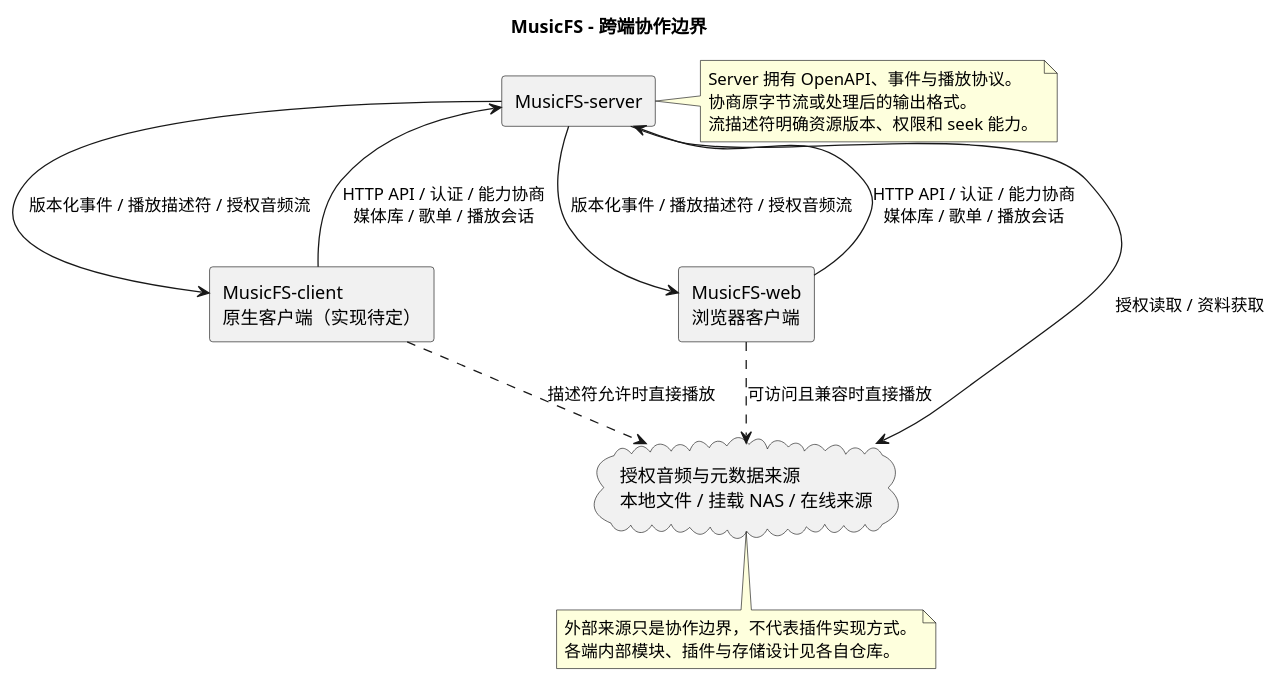
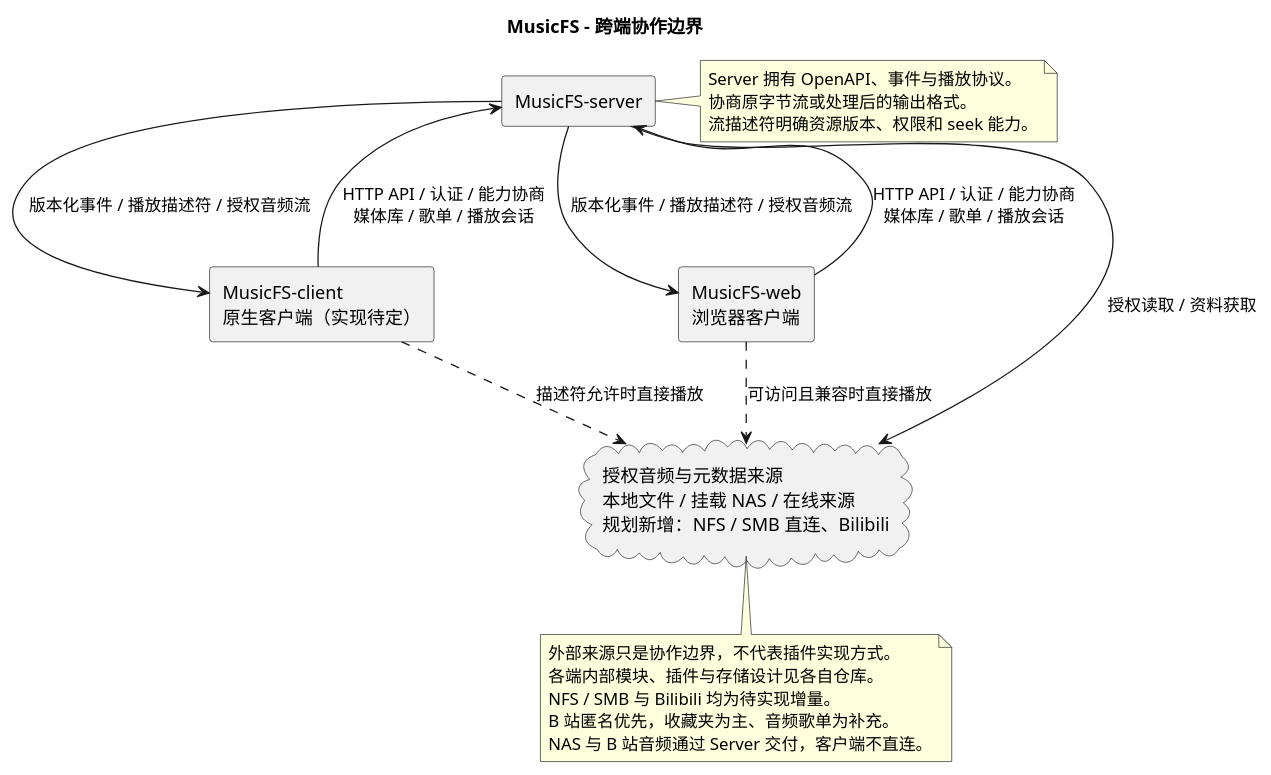
Before and after one commit to fnMrRice/MusicFS: the diagram in docs/diagrams/components.puml, drawn with PlantUML. The commit also changed 3 other files, not shown here.

Commit message:
docs: 补充 NAS 与 Bilibili 跨端架构和实施计划

```diff
--- a/docs/diagrams/components.puml
+++ b/docs/diagrams/components.puml
@@ -1,29 +1,32 @@
 @startuml
 title MusicFS - 跨端协作边界
 top to bottom direction
 skinparam componentStyle rectangle
 
 component "MusicFS-client\n原生客户端（实现待定）" as Client
 component "MusicFS-web\n浏览器客户端" as Web
 component "MusicFS-server" as Server
-cloud "授权音频与元数据来源\n本地文件 / 挂载 NAS / 在线来源" as Sources
+cloud "授权音频与元数据来源\n本地文件 / 挂载 NAS / 在线来源\n规划新增：NFS / SMB 直连、Bilibili" as Sources
 
 Client --> Server : HTTP API / 认证 / 能力协商\n媒体库 / 歌单 / 播放会话
 Web --> Server : HTTP API / 认证 / 能力协商\n媒体库 / 歌单 / 播放会话
 Server --> Client : 版本化事件 / 播放描述符 / 授权音频流
 Server --> Web : 版本化事件 / 播放描述符 / 授权音频流
 Server --> Sources : 授权读取 / 资料获取
 Client ..> Sources : 描述符允许时直接播放
 Web ..> Sources : 可访问且兼容时直接播放
 
 note right of Server
   Server 拥有 OpenAPI、事件与播放协议。
   协商原字节流或处理后的输出格式。
   流描述符明确资源版本、权限和 seek 能力。
 end note
 
 note bottom of Sources
   外部来源只是协作边界，不代表插件实现方式。
   各端内部模块、插件与存储设计见各自仓库。
+  NFS / SMB 与 Bilibili 均为待实现增量。
+  B 站匿名优先，收藏夹为主、音频歌单为补充。
+  NAS 与 B 站音频通过 Server 交付，客户端不直连。
 end note
 @enduml
```
